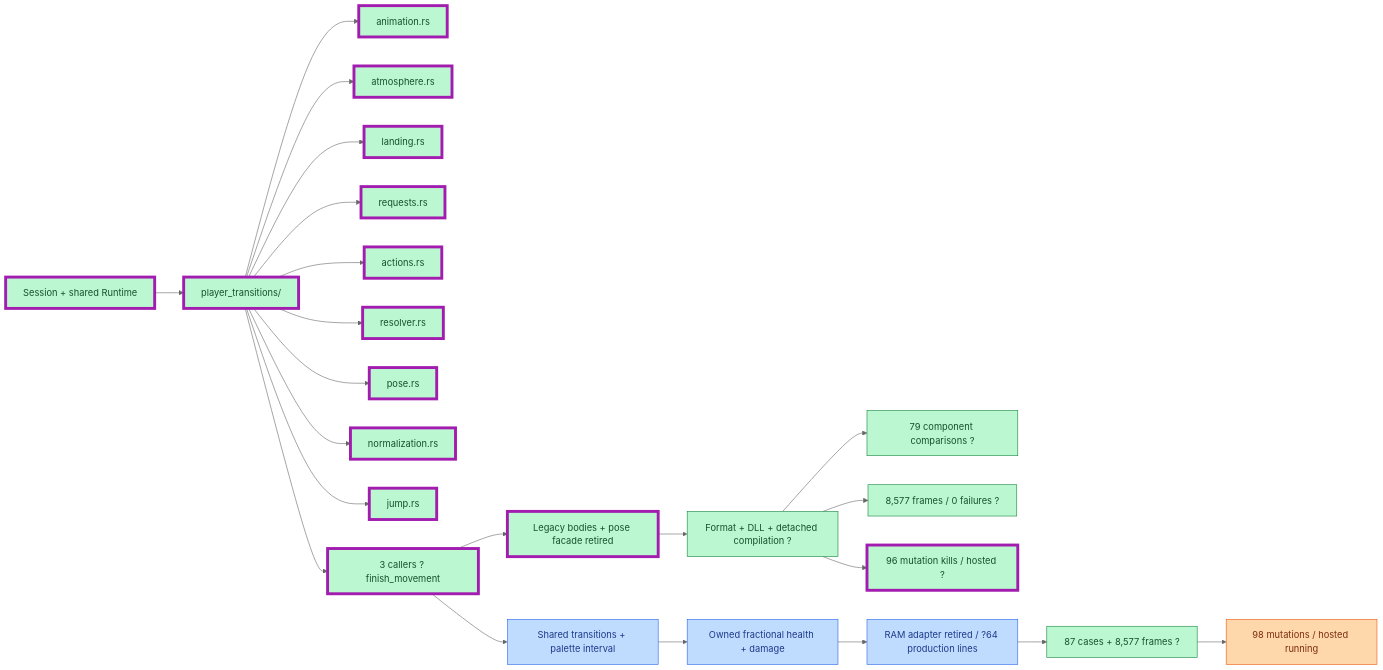
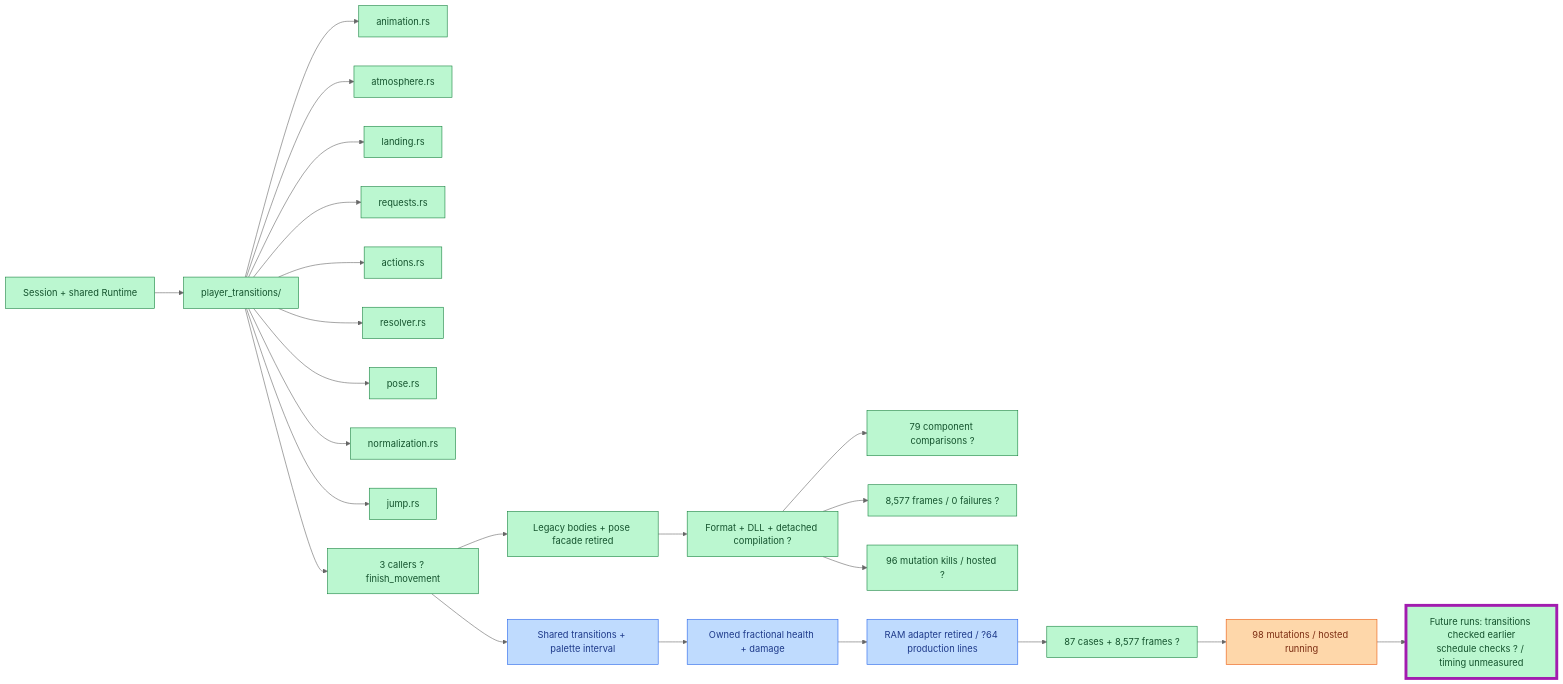
The second of 24 diagrams in PROGRESS.md (JimLundin/sm-decomp), drawn with Mermaid (neutral theme) before and after one commit. The commit also changed 2 other files, not shown here.

Commit message:
Run transition mutations immediately after their shared baseline
Retain all calls, arguments and ROM guards; shorten feedback delay for active transitions without changing total workload. Python syntax and instrumented ROM/no-ROM schedules pass, including baseline-failure stop. Progress counts unchanged; no gameplay changes or replay required. Existing settlement CI stays on its exact original commit.

````diff
--- a/PROGRESS.md
+++ b/PROGRESS.md
@@ -27,29 +27,30 @@
 ```mermaid
 flowchart LR
     SESSION["Session + shared Runtime"]:::done --> CORE["player_transitions/"]:::done
     CORE --> A["animation.rs"]:::done
     CORE --> B["atmosphere.rs"]:::done
     CORE --> C["landing.rs"]:::done
     CORE --> D["requests.rs"]:::done
     CORE --> E["actions.rs"]:::done
     CORE --> F["resolver.rs"]:::done
     CORE --> G["pose.rs"]:::done
     CORE --> H["normalization.rs"]:::done
     CORE --> I["jump.rs"]:::done
     CORE --> CALL["3 callers ? finish_movement"]:::done
     CALL --> RET["Legacy bodies + pose facade retired"]:::done
     RET --> BUILD["Format + DLL + detached compilation ?"]:::done
     BUILD --> CASES["79 component comparisons ?"]:::done
     BUILD --> MOVIE["8,577 frames / 0 failures ?"]:::done
     BUILD --> MUT["96 mutation kills / hosted ?"]:::done
     CALL --> NEXT["Shared transitions + palette interval"]:::draft
     NEXT --> DAMAGE["Owned fractional health + damage"]:::draft
     DAMAGE --> DEL["RAM adapter retired / ?64 production lines"]:::draft
     DEL --> LOCAL["87 cases + 8,577 frames ?"]:::done
     LOCAL --> CI["98 mutations / hosted running"]:::active
-    class SESSION,CORE,A,B,C,D,E,F,G,H,I,CALL,RET,MUT changed
+    CI --> ORDER["Future runs: transitions checked earlier<br/>schedule checks ? / timing unmeasured"]:::done
+    class ORDER changed
     classDef done fill:#bbf7d0,stroke:#15803d,color:#14532d
     classDef draft fill:#bfdbfe,stroke:#2563eb,color:#1e3a8a
     classDef active fill:#fed7aa,stroke:#ea580c,color:#7c2d12
     classDef changed stroke:#a21caf,stroke-width:5px
 ```
````
